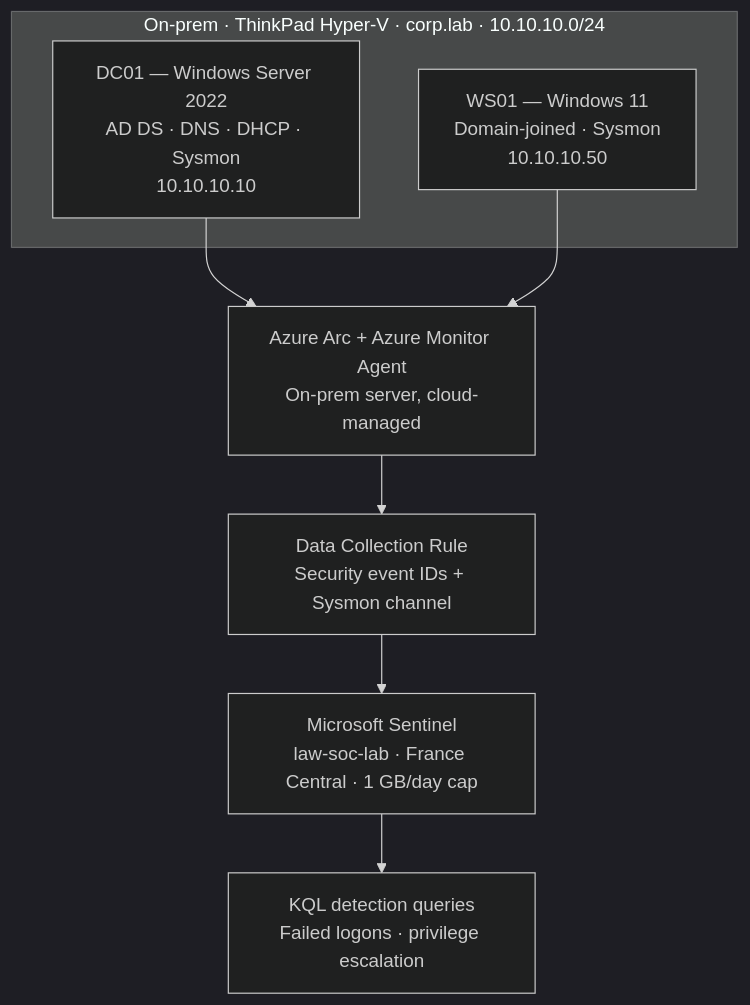
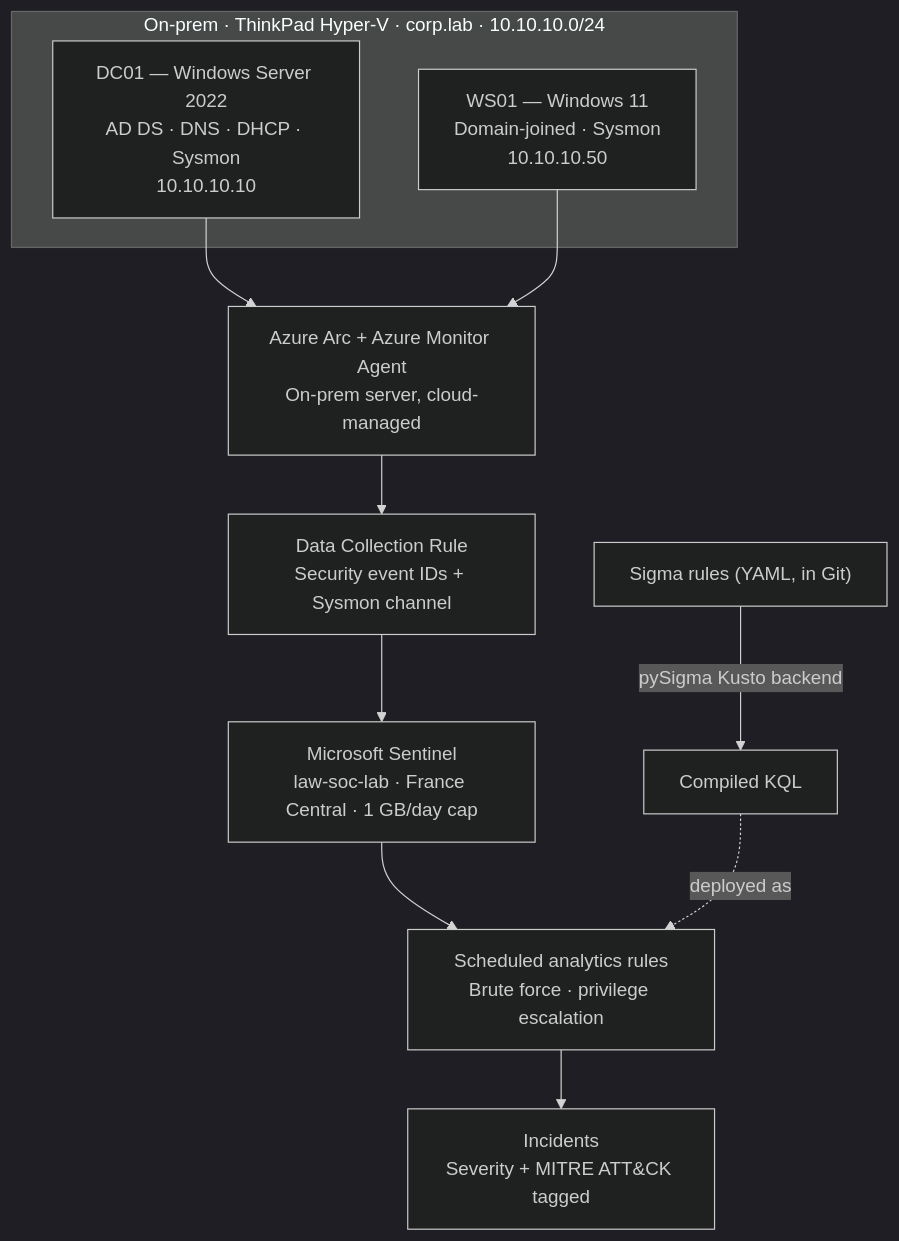
Before and after one commit to ak24ajb/microsoft-sentinel-hybrid-homelab: the diagram in README.md, drawn with Mermaid (dark theme). The commit also changed other lines of this file, not shown here.

````diff
--- a/README.md
+++ b/README.md
@@ -50,12 +61,16 @@
 ```mermaid
 flowchart TD
   subgraph ONPREM["On-prem · ThinkPad Hyper-V · corp.lab · 10.10.10.0/24"]
     DC["DC01 — Windows Server 2022<br/>AD DS · DNS · DHCP · Sysmon<br/>10.10.10.10"]
     WS["WS01 — Windows 11<br/>Domain-joined · Sysmon<br/>10.10.10.50"]
   end
   DC --> ARC["Azure Arc + Azure Monitor Agent<br/>On-prem server, cloud-managed"]
   WS --> ARC
   ARC --> DCR["Data Collection Rule<br/>Security event IDs + Sysmon channel"]
   DCR --> SENT["Microsoft Sentinel<br/>law-soc-lab · France Central · 1 GB/day cap"]
-  SENT --> KQL["KQL detection queries<br/>Failed logons · privilege escalation"]
+  SENT --> RULES["Scheduled analytics rules<br/>Brute force · privilege escalation"]
+  RULES --> INC["Incidents<br/>Severity + MITRE ATT&CK tagged"]
+
+  SIGMA["Sigma rules (YAML, in Git)"] -->|pySigma Kusto backend| KQL["Compiled KQL"]
+  KQL -.deployed as.-> RULES
 ```
````
